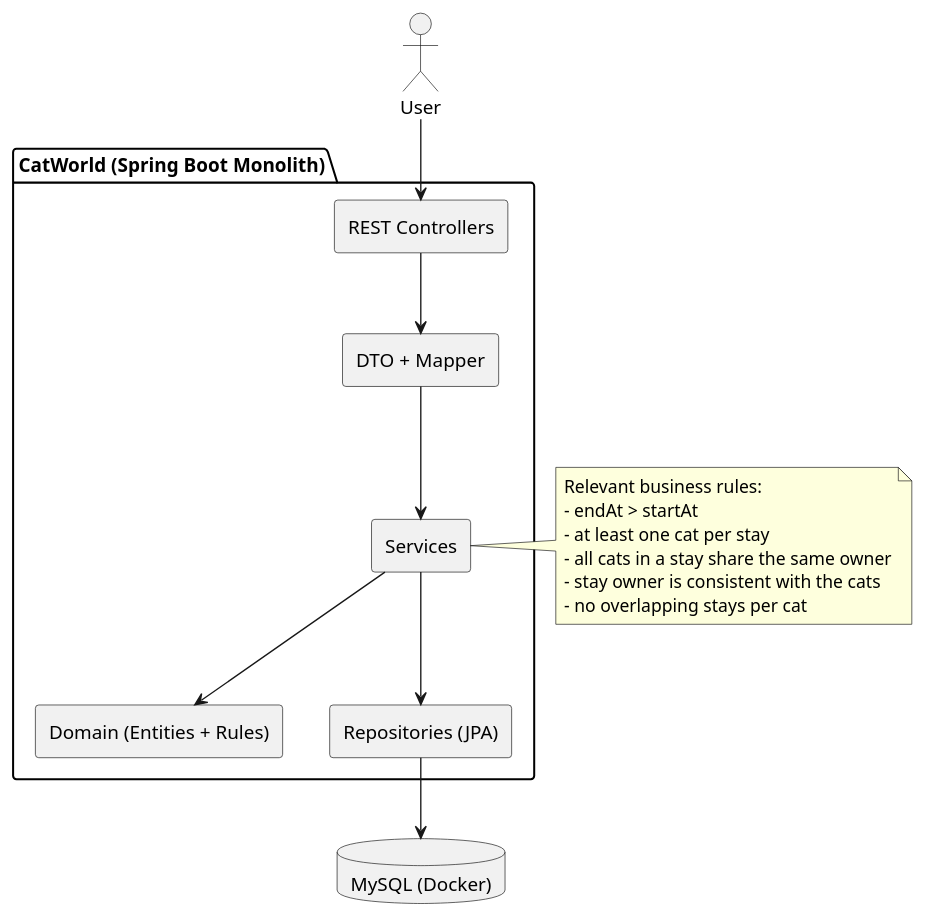
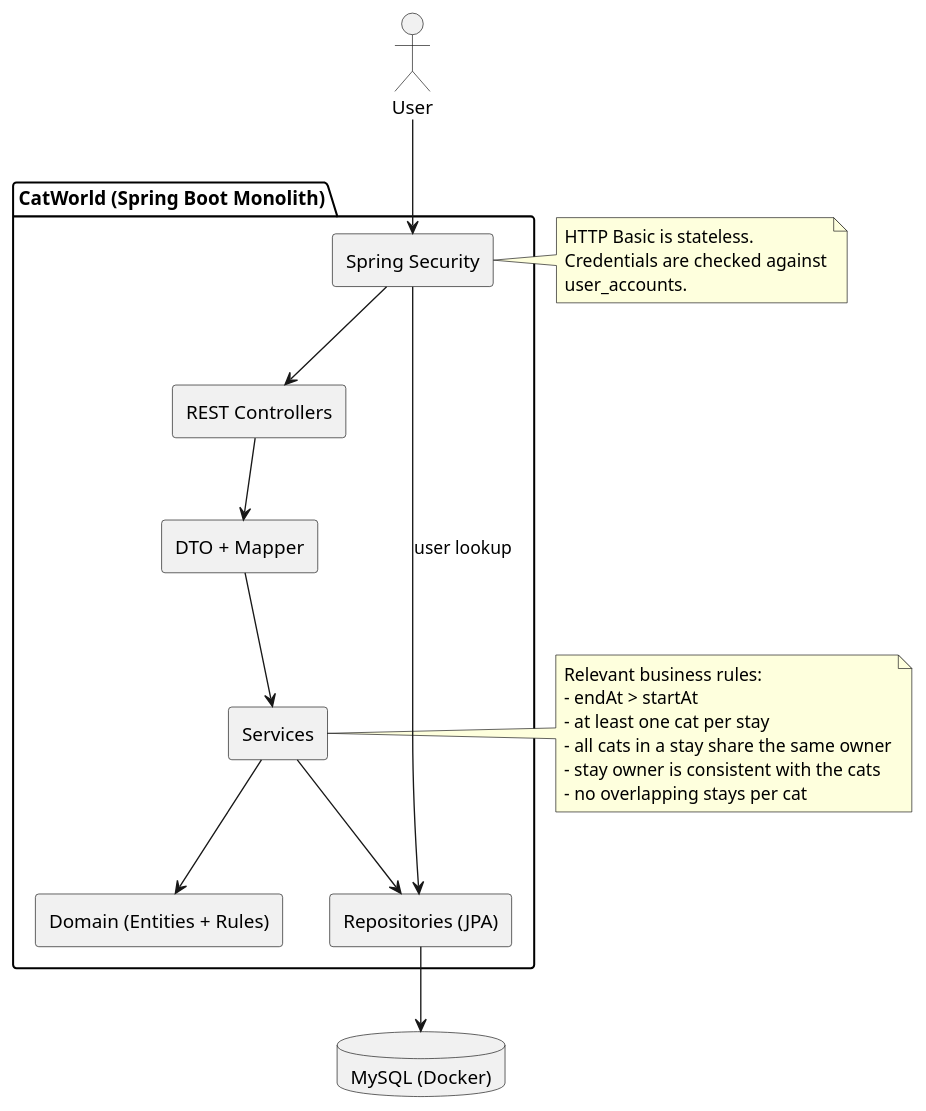
One commit to TheZenithPassage/catworld changed the diagram in docs/uml/03-components.puml. Above: the diagram before and after it, drawn with PlantUML. The commit also changed 16 other files, not shown here.

```diff
--- a/docs/uml/03-components.puml
+++ b/docs/uml/03-components.puml
@@ -1,32 +1,41 @@
 @startuml
 skinparam componentStyle rectangle
 
 actor "User" as user
 
 package "CatWorld (Spring Boot Monolith)" {
+  [Spring Security] as sec
   [REST Controllers] as c
   [DTO + Mapper] as m
   [Services] as s
   [Domain (Entities + Rules)] as d
   [Repositories (JPA)] as r
 }
 
 database "MySQL (Docker)" as db
 
-user --> c
+user --> sec
+sec --> c
+sec --> r : user lookup
 c --> m
 m --> s
 s --> d
 s --> r
 r --> db
 
 note right of s
 Relevant business rules:
 - endAt > startAt
 - at least one cat per stay
 - all cats in a stay share the same owner
 - stay owner is consistent with the cats
 - no overlapping stays per cat
 end note
 
+note left of sec
+HTTP Basic is stateless.
+Credentials are checked against
+user_accounts.
+end note
+
 @enduml
```
